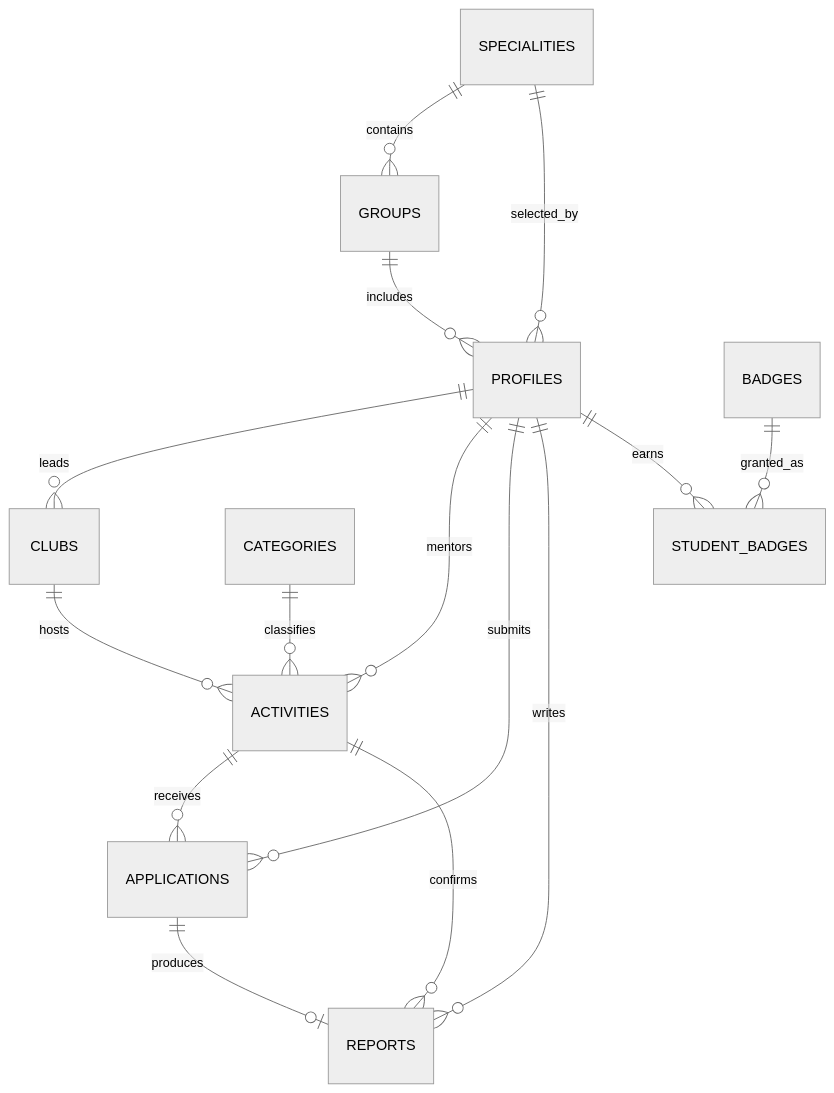
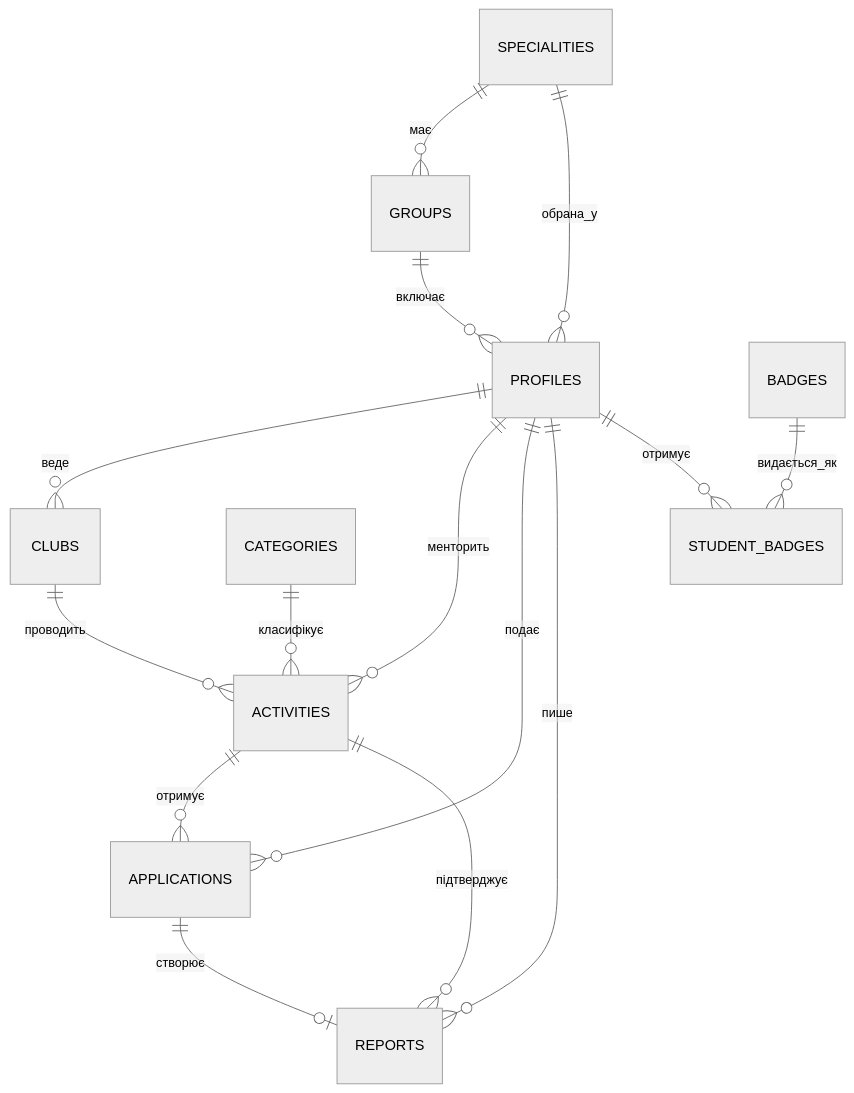
Before and after one commit to danilostahiv887-cmd/StudentFlow: the fourth of 5 diagrams in output/doc/studentflow_diploma_sections.md, drawn with Mermaid (neutral theme). The commit also changed other lines of this file and 4 other files, not shown here.

````diff
--- a/output/doc/studentflow_diploma_sections.md
+++ b/output/doc/studentflow_diploma_sections.md
@@ -310,17 +310,17 @@
 ```mermaid
 erDiagram
-  SPECIALITIES ||--o{ GROUPS : contains
-  SPECIALITIES ||--o{ PROFILES : selected_by
-  GROUPS ||--o{ PROFILES : includes
-  PROFILES ||--o{ CLUBS : leads
-  PROFILES ||--o{ ACTIVITIES : mentors
-  PROFILES ||--o{ APPLICATIONS : submits
-  PROFILES ||--o{ REPORTS : writes
-  CATEGORIES ||--o{ ACTIVITIES : classifies
-  CLUBS ||--o{ ACTIVITIES : hosts
-  ACTIVITIES ||--o{ APPLICATIONS : receives
-  ACTIVITIES ||--o{ REPORTS : confirms
-  APPLICATIONS ||--o| REPORTS : produces
-  BADGES ||--o{ STUDENT_BADGES : granted_as
-  PROFILES ||--o{ STUDENT_BADGES : earns
+  SPECIALITIES ||--o{ GROUPS : має
+  SPECIALITIES ||--o{ PROFILES : обрана_у
+  GROUPS ||--o{ PROFILES : включає
+  PROFILES ||--o{ CLUBS : веде
+  PROFILES ||--o{ ACTIVITIES : менторить
+  PROFILES ||--o{ APPLICATIONS : подає
+  PROFILES ||--o{ REPORTS : пише
+  CATEGORIES ||--o{ ACTIVITIES : класифікує
+  CLUBS ||--o{ ACTIVITIES : проводить
+  ACTIVITIES ||--o{ APPLICATIONS : отримує
+  ACTIVITIES ||--o{ REPORTS : підтверджує
+  APPLICATIONS ||--o| REPORTS : створює
+  BADGES ||--o{ STUDENT_BADGES : видається_як
+  PROFILES ||--o{ STUDENT_BADGES : отримує
 ```
````
